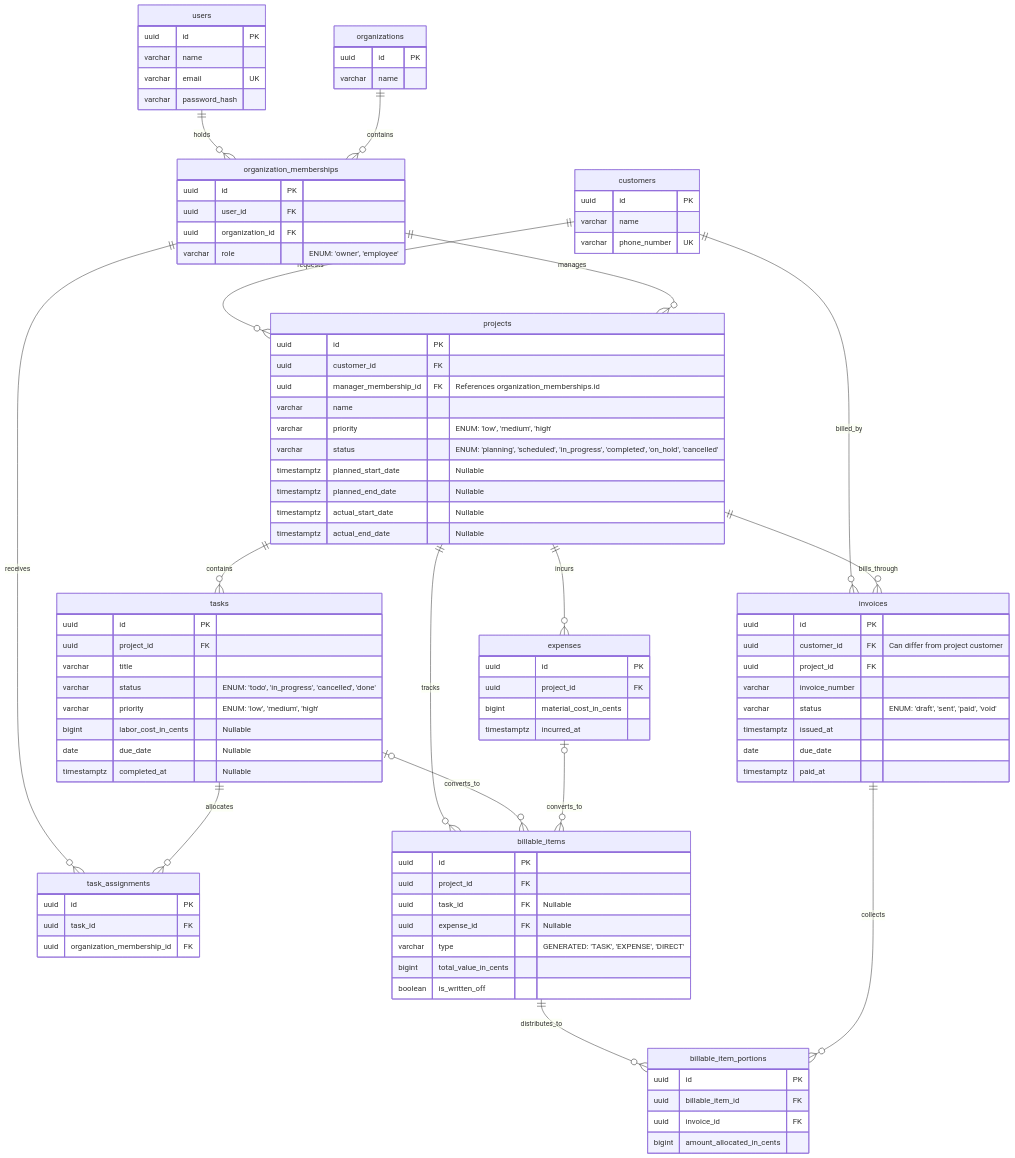
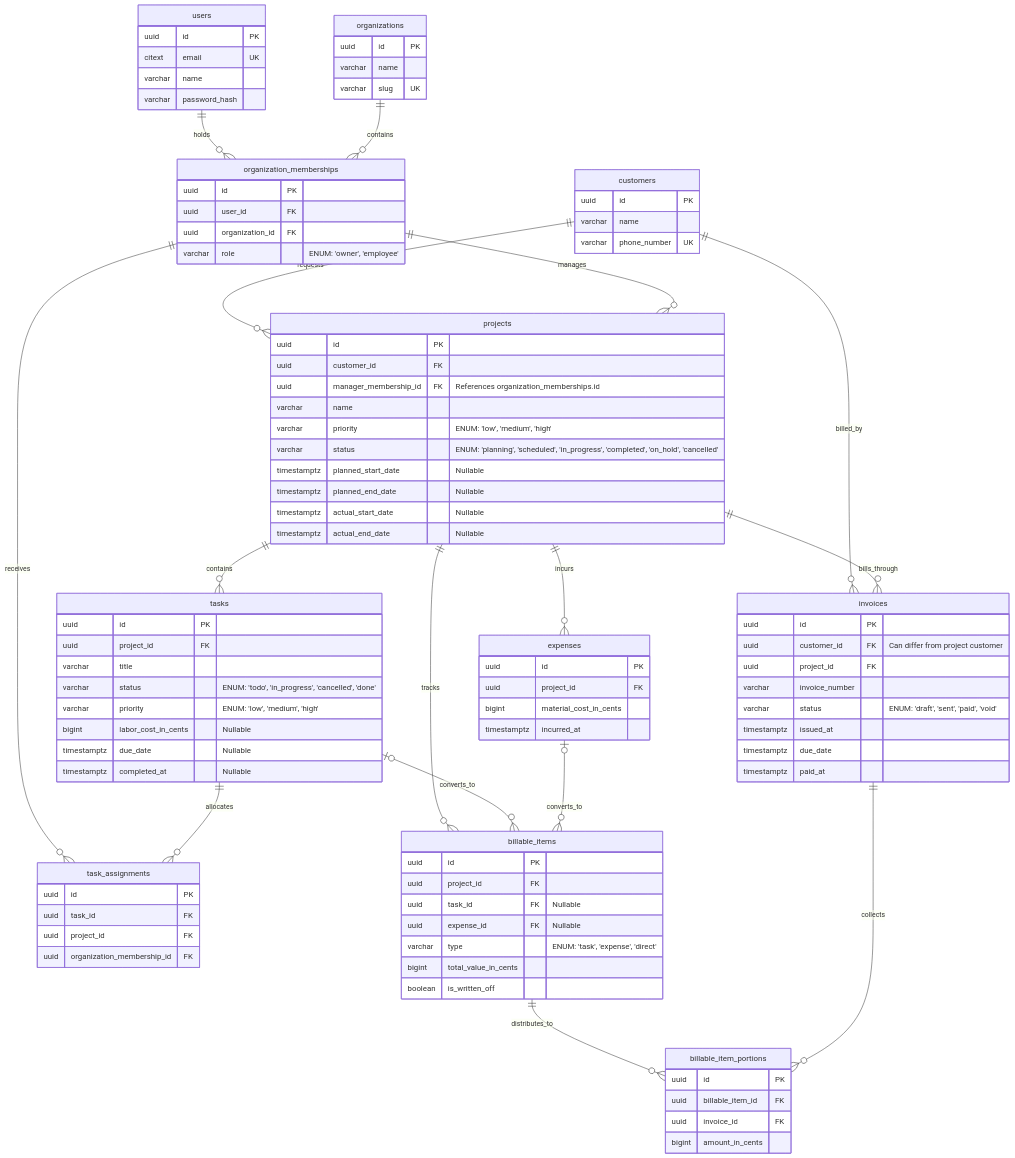
The diagram in docs/database.md (mauriciobarda/service-tenant-erp), drawn with Mermaid before and after one commit. The commit also changed other lines of this file, not shown here.

```diff
--- a/docs/database.md
+++ b/docs/database.md
@@ -36,14 +51,15 @@
 erDiagram
     users {
         uuid id PK
+        citext email UK
         varchar name
-        varchar email UK
         varchar password_hash
     }
 
     organizations {
         uuid id PK
         varchar name
+        varchar slug UK
     }
 
     organization_memberships {
@@ -79,13 +95,14 @@
         varchar status "ENUM: 'todo', 'in_progress', 'cancelled', 'done'"
         varchar priority "ENUM: 'low', 'medium', 'high'"
         bigint labor_cost_in_cents "Nullable"
-        date due_date "Nullable"
+        timestamptz due_date "Nullable"
         timestamptz completed_at "Nullable"
     }
 
     task_assignments {
         uuid id PK
         uuid task_id FK
+        uuid project_id FK
         uuid organization_membership_id FK
     }
 
@@ -101,16 +118,9 @@
         uuid project_id FK
         uuid task_id FK "Nullable"
         uuid expense_id FK "Nullable"
-        varchar type "GENERATED: 'TASK', 'EXPENSE', 'DIRECT'"
+        varchar type "ENUM: 'task', 'expense', 'direct'"
         bigint total_value_in_cents
         boolean is_written_off
-    }
-
-    billable_item_portions {
-        uuid id PK
-        uuid billable_item_id FK
-        uuid invoice_id FK
-        bigint amount_allocated_in_cents
     }
 
     invoices {
@@ -120,8 +130,15 @@
         varchar invoice_number
         varchar status "ENUM: 'draft', 'sent', 'paid', 'void'"
         timestamptz issued_at
-        date due_date
+        timestamptz due_date
         timestamptz paid_at
+    }
+
+    billable_item_portions {
+        uuid id PK
+        uuid billable_item_id FK
+        uuid invoice_id FK
+        bigint amount_in_cents
     }
 
     %% Authentication & Workspace Access Boundaries
```
